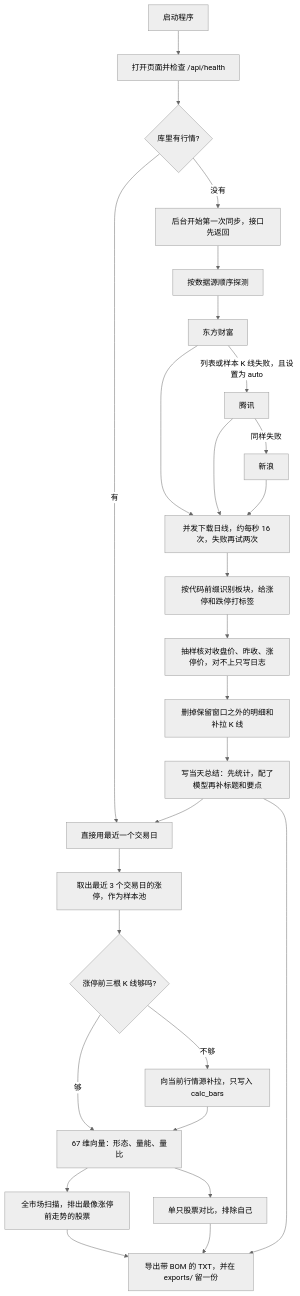
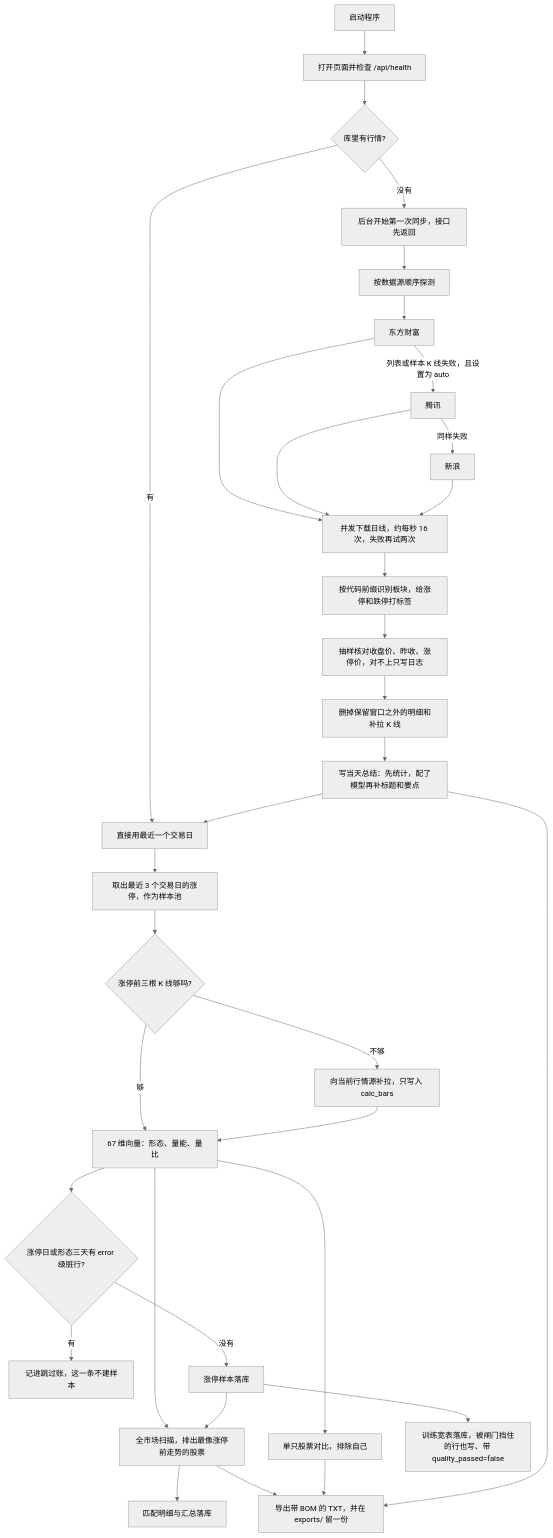
One commit to peekaboo789/limit-pattern changed the first of 2 diagrams in README.md. Above: the diagram before and after it, drawn with Mermaid (neutral theme). The commit also changed other lines of this file and 33 other files, not shown here.

````diff
--- a/README.md
+++ b/README.md
@@ -35,29 +35,35 @@
 ```mermaid
 flowchart TD
   start["启动程序"] --> health["打开页面并检查 /api/health"]
   health --> empty{"库里有行情?"}
   empty -->|没有| first["后台开始第一次同步，接口先返回"]
   empty -->|有| ready["直接用最近一个交易日"]
   first --> choose["按数据源顺序探测"]
   choose --> em["东方财富"]
   em -->|列表或样本 K 线失败，且设置为 auto| tx["腾讯"]
   tx -->|同样失败| sina["新浪"]
   em --> pull["并发下载日线，约每秒 16 次，失败再试两次"]
   tx --> pull
   sina --> pull
   pull --> label["按代码前缀识别板块，给涨停和跌停打标签"]
   label --> cross["抽样核对收盘价、昨收、涨停价，对不上只写日志"]
   cross --> purge["删掉保留窗口之外的明细和补拉 K 线"]
   purge --> summary["写当天总结：先统计，配了模型再补标题和要点"]
   summary --> ready
   ready --> pool["取出最近 3 个交易日的涨停，作为样本池"]
   pool --> gap{"涨停前三根 K 线够吗?"}
   gap -->|不够| fill["向当前行情源补拉，只写入 calc_bars"]
   gap -->|够| score["67 维向量：形态、量能、量比"]
   fill --> score
   score --> scan["全市场扫描，排出最像涨停前走势的股票"]
   score --> one["单只股票对比，排除自己"]
+  score --> gate{"涨停日或形态三天有 error 级脏行?"}
+  gate -->|有| skip["记进跳过账，这一条不建样本"]
+  gate -->|没有| lib["涨停样本落库"]
+  lib --> scan
+  scan --> mlib["匹配明细与汇总落库"]
+  lib --> train["训练宽表落库，被闸门挡住的行也写、带 quality_passed=false"]
   scan --> export["导出带 BOM 的 TXT，并在 exports/ 留一份"]
   one --> export
   summary --> export
 ```
````
